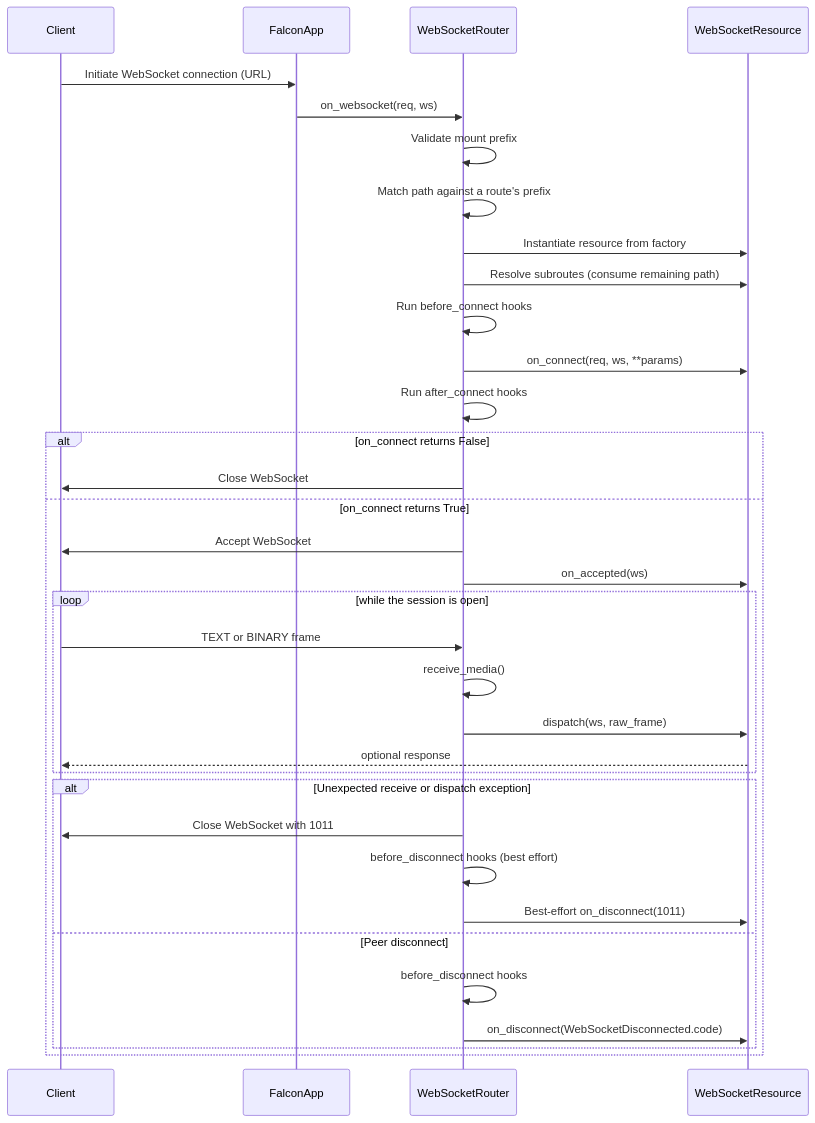
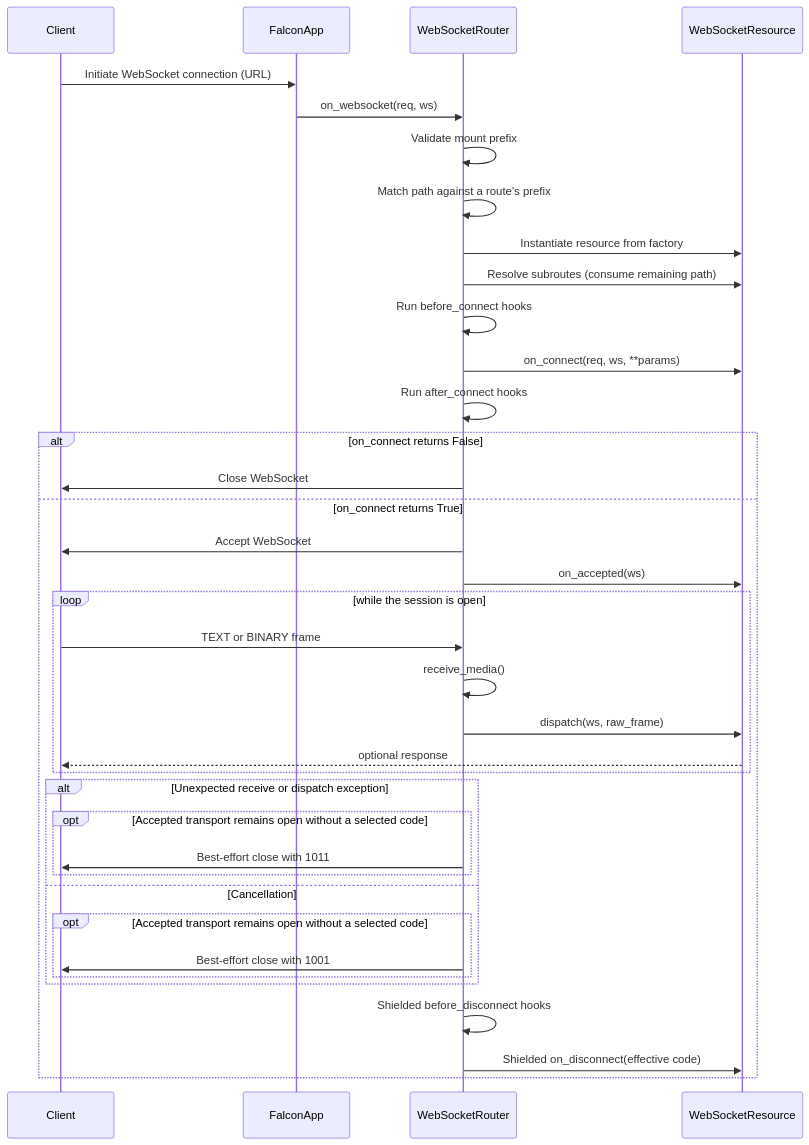
One commit to leynos/falcon-pachinko changed the seventh of 20 diagrams in docs/falcon-websocket-extension-design.md. Above: the diagram before and after it, drawn with Mermaid. The commit also changed other lines of this file and 63 other files, not shown here.

First line of the commit message:
Complete WebSocketResource disconnect lifecycle and close-code semantics (#177) (#245)

````diff
--- a/docs/falcon-websocket-extension-design.md
+++ b/docs/falcon-websocket-extension-design.md
@@ -1241,37 +1278,40 @@
 ```mermaid
 sequenceDiagram
     participant Client
     participant FalconApp
     participant WebSocketRouter
     participant WebSocketResource
 
     Client->>FalconApp: Initiate WebSocket connection (URL)
     FalconApp->>WebSocketRouter: on_websocket(req, ws)
     WebSocketRouter->>WebSocketRouter: Validate mount prefix
     WebSocketRouter->>WebSocketRouter: Match path against a route's prefix
     WebSocketRouter->>WebSocketResource: Instantiate resource from factory
     WebSocketRouter->>WebSocketResource: Resolve subroutes (consume remaining path)
     WebSocketRouter->>WebSocketRouter: Run before_connect hooks
     WebSocketRouter->>WebSocketResource: on_connect(req, ws, **params)
     WebSocketRouter->>WebSocketRouter: Run after_connect hooks
     alt on_connect returns False
         WebSocketRouter->>Client: Close WebSocket
     else on_connect returns True
         WebSocketRouter->>Client: Accept WebSocket
         WebSocketRouter->>WebSocketResource: on_accepted(ws)
         loop while the session is open
             Client->>WebSocketRouter: TEXT or BINARY frame
             WebSocketRouter->>WebSocketRouter: receive_media()
             WebSocketRouter->>WebSocketResource: dispatch(ws, raw_frame)
             WebSocketResource-->>Client: optional response
         end
         alt Unexpected receive or dispatch exception
-            WebSocketRouter->>Client: Close WebSocket with 1011
-            WebSocketRouter->>WebSocketRouter: before_disconnect hooks (best effort)
-            WebSocketRouter->>WebSocketResource: Best-effort on_disconnect(1011)
-        else Peer disconnect
-            WebSocketRouter->>WebSocketRouter: before_disconnect hooks
-            WebSocketRouter->>WebSocketResource: on_disconnect(WebSocketDisconnected.code)
+            opt Accepted transport remains open without a selected code
+                WebSocketRouter->>Client: Best-effort close with 1011
+            end
+        else Cancellation
+            opt Accepted transport remains open without a selected code
+                WebSocketRouter->>Client: Best-effort close with 1001
+            end
         end
+        WebSocketRouter->>WebSocketRouter: Shielded before_disconnect hooks
+        WebSocketRouter->>WebSocketResource: Shielded on_disconnect(effective code)
     end
 ```
````
